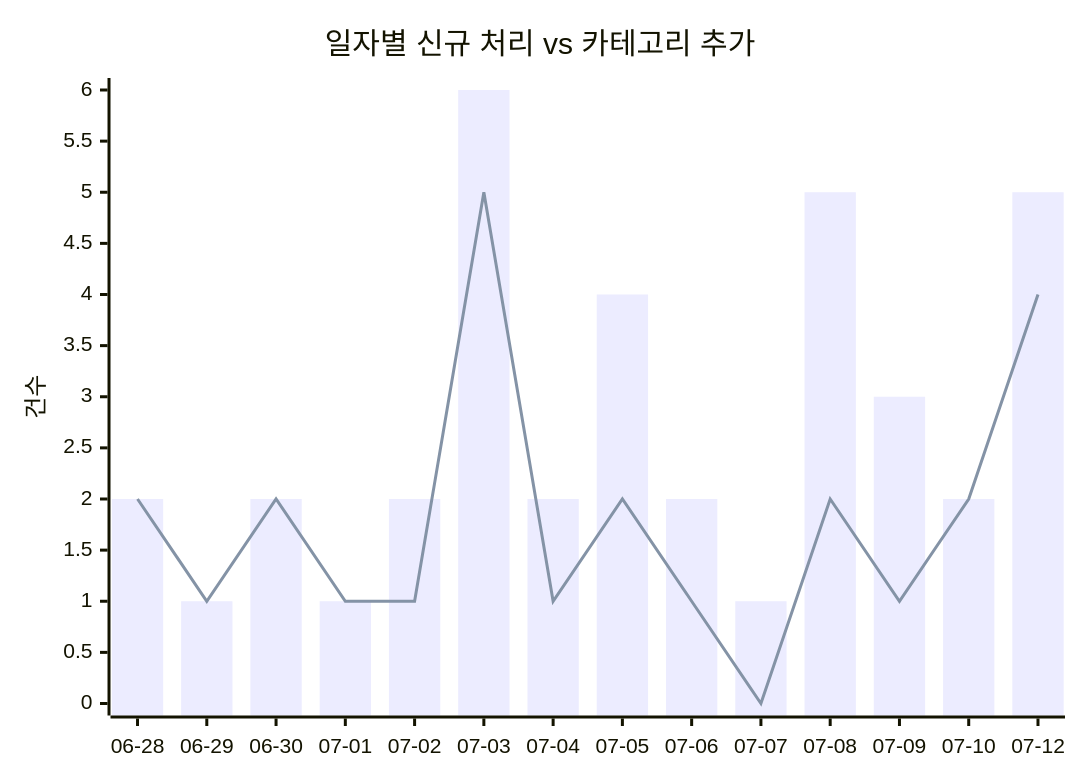
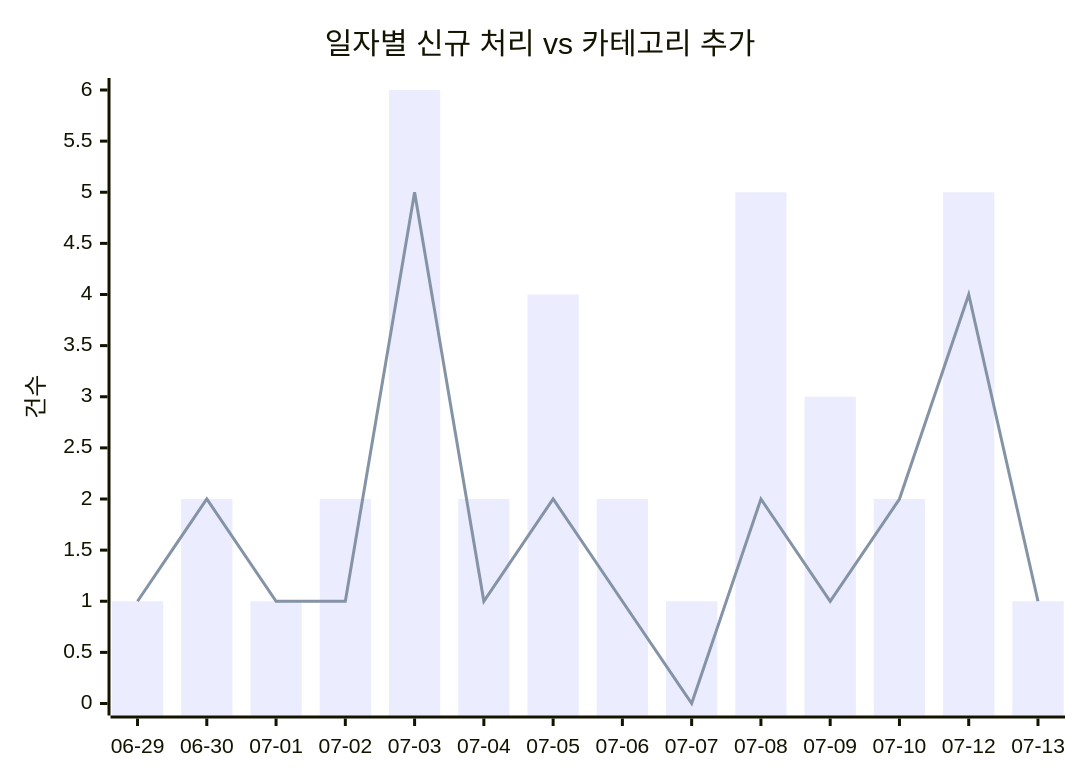
Before and after one commit to J-nowcow/awesome-korean-agent-skills: the first of 2 diagrams in docs/trends.md, drawn with Mermaid. The commit also changed other lines of this file and 4 other files, not shown here.

````diff
--- a/docs/trends.md
+++ b/docs/trends.md
@@ -32,8 +32,8 @@
 ```mermaid
 xychart-beta
     title "일자별 신규 처리 vs 카테고리 추가"
-    x-axis ["06-28","06-29","06-30","07-01","07-02","07-03","07-04","07-05","07-06","07-07","07-08","07-09","07-10","07-12"]
+    x-axis ["06-29","06-30","07-01","07-02","07-03","07-04","07-05","07-06","07-07","07-08","07-09","07-10","07-12","07-13"]
     y-axis "건수"
-    bar [2,1,2,1,2,6,2,4,2,1,5,3,2,5]
-    line [2,1,2,1,1,5,1,2,1,0,2,1,2,4]
+    bar [1,2,1,2,6,2,4,2,1,5,3,2,5,1]
+    line [1,2,1,1,5,1,2,1,0,2,1,2,4,1]
 ```
````
